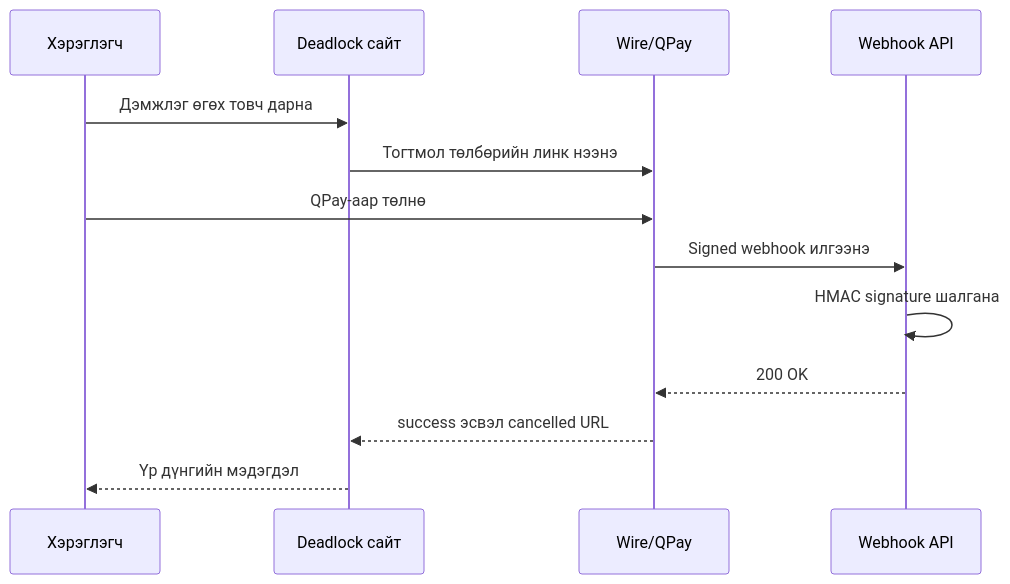
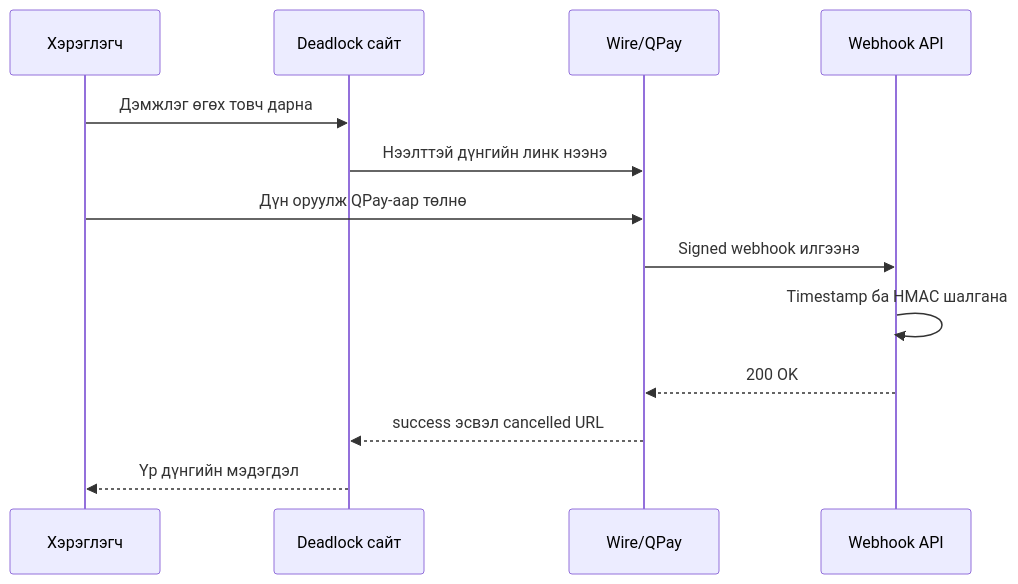
One commit to hosoo123/DeadLock-Mongolia changed the fourth of 4 diagrams in CODE_EXPLANATION.md. Above: the diagram before and after it, drawn with Mermaid. The commit also changed other lines of this file, not shown here.

````diff
--- a/CODE_EXPLANATION.md
+++ b/CODE_EXPLANATION.md
@@ -420,15 +853,15 @@
 ```mermaid
 sequenceDiagram
     participant U as Хэрэглэгч
     participant S as Deadlock сайт
     participant W as Wire/QPay
     participant A as Webhook API
     U->>S: Дэмжлэг өгөх товч дарна
-    S->>W: Тогтмол төлбөрийн линк нээнэ
-    U->>W: QPay-аар төлнө
+    S->>W: Нээлттэй дүнгийн линк нээнэ
+    U->>W: Дүн оруулж QPay-аар төлнө
     W->>A: Signed webhook илгээнэ
-    A->>A: HMAC signature шалгана
+    A->>A: Timestamp ба HMAC шалгана
     A-->>W: 200 OK
     W-->>S: success эсвэл cancelled URL
     S-->>U: Үр дүнгийн мэдэгдэл
 ```
````
